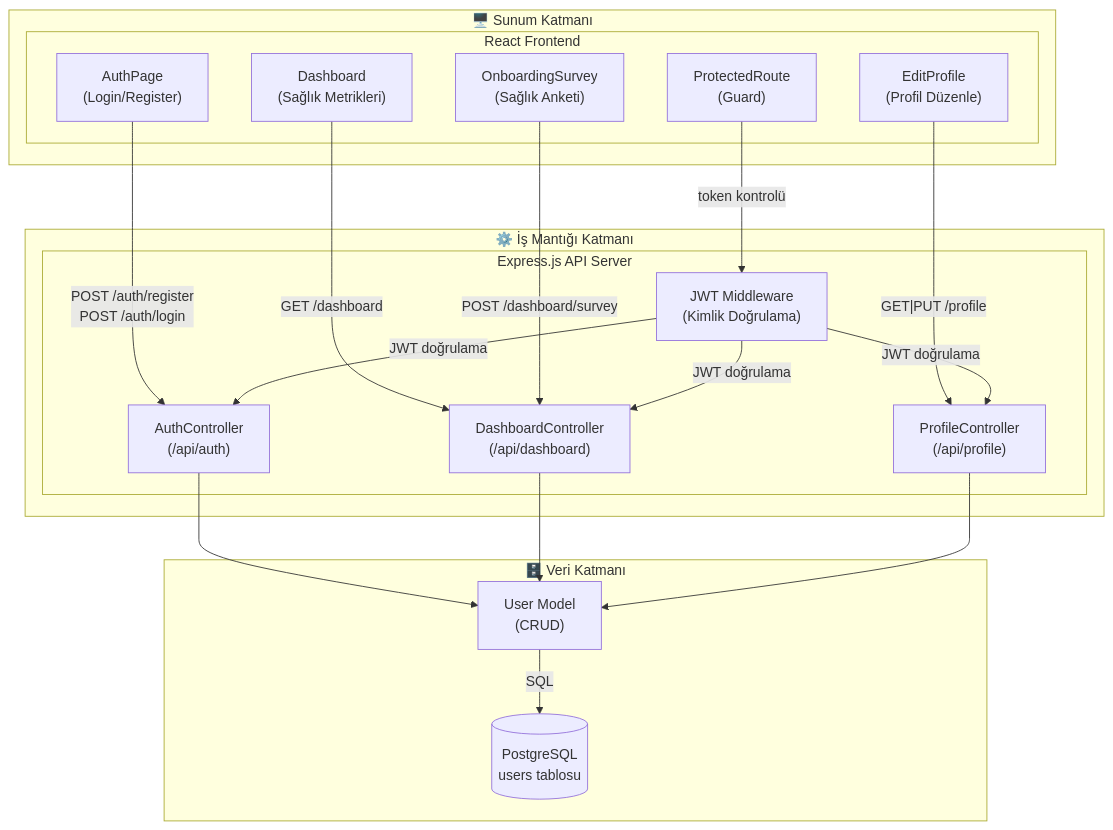
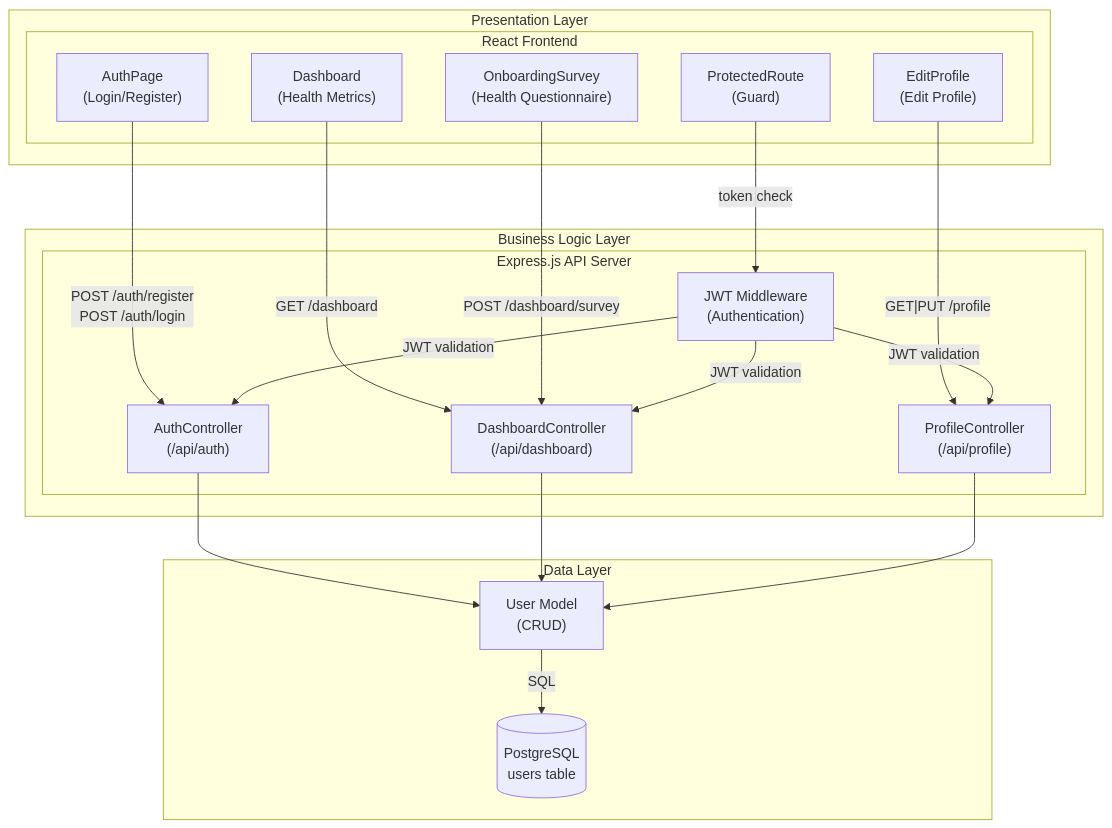
Before and after one commit to beyzadegirmenci/LifeSync: the first of 2 diagrams in docs/architecture/SDD_v2.md, drawn with Mermaid. The commit also changed other lines of this file, not shown here.

````diff
--- a/docs/architecture/SDD_v2.md
+++ b/docs/architecture/SDD_v2.md
@@ -30,41 +29,41 @@
 ```mermaid
 graph TB
-    subgraph PL["🖥️ Sunum Katmanı"]
+    subgraph PL["Presentation Layer"]
         subgraph FE["React Frontend"]
             AUTH_P["AuthPage\n(Login/Register)"]
-            DASH_P["Dashboard\n(Sağlık Metrikleri)"]
-            SURVEY_P["OnboardingSurvey\n(Sağlık Anketi)"]
-            PROFILE_P["EditProfile\n(Profil Düzenle)"]
+            DASH_P["Dashboard\n(Health Metrics)"]
+            SURVEY_P["OnboardingSurvey\n(Health Questionnaire)"]
+            PROFILE_P["EditProfile\n(Edit Profile)"]
             PROT_R["ProtectedRoute\n(Guard)"]
         end
     end
 
-    subgraph BL["⚙️ İş Mantığı Katmanı"]
+    subgraph BL["Business Logic Layer"]
         subgraph BE["Express.js API Server"]
-            MW["JWT Middleware\n(Kimlik Doğrulama)"]
+            MW["JWT Middleware\n(Authentication)"]
             AC["AuthController\n(/api/auth)"]
             DC["DashboardController\n(/api/dashboard)"]
             PC["ProfileController\n(/api/profile)"]
         end
     end
 
-    subgraph DL["🗄️ Veri Katmanı"]
+    subgraph DL["Data Layer"]
         UM["User Model\n(CRUD)"]
-        DB[("PostgreSQL\nusers tablosu")]
+        DB[("PostgreSQL\nusers table")]
     end
 
     AUTH_P -->|"POST /auth/register\nPOST /auth/login"| AC
     DASH_P -->|"GET /dashboard"| DC
     SURVEY_P -->|"POST /dashboard/survey"| DC
     PROFILE_P -->|"GET|PUT /profile"| PC
-    PROT_R -->|"token kontrolü"| MW
+    PROT_R -->|"token check"| MW
 
-    MW -->|"JWT doğrulama"| AC
-    MW -->|"JWT doğrulama"| DC
-    MW -->|"JWT doğrulama"| PC
+    MW -->|"JWT validation"| AC
+    MW -->|"JWT validation"| DC
+    MW -->|"JWT validation"| PC
 
     AC --> UM
     DC --> UM
     PC --> UM
     UM -->|"SQL"| DB
 ```
````
